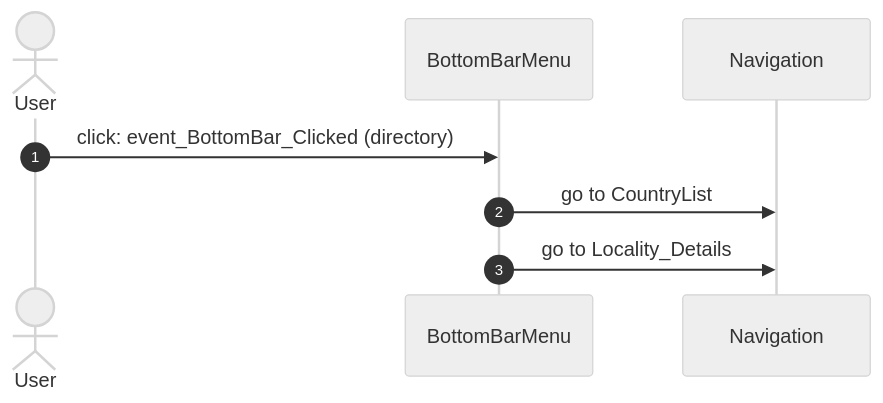
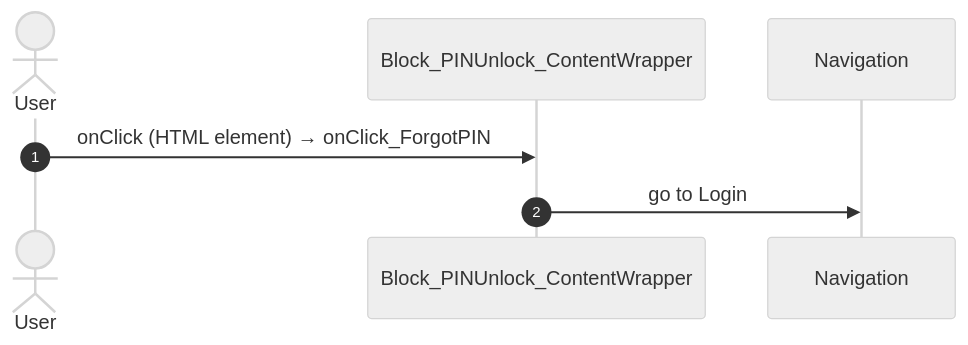
The fourth of 13 diagrams in migration/route-actions/APP_SHELL.md (Phoenix-DX/connect-new-ui), drawn with Mermaid (neutral theme) before and after one commit. The commit also changed other lines of this file and 9 other files, not shown here.

Commit message:
route actions: facts only; user actions as two independent lists (OutSystems view bindings, React JSX bindings) with Mermaid sequences; factual call columns (direct caller, chains, React references); app shell by definition (survey shell, main.tsx code); constants read for React paths

````diff
--- a/migration/route-actions/APP_SHELL.md
+++ b/migration/route-actions/APP_SHELL.md
@@ -184,10 +151,9 @@
 ```mermaid
 sequenceDiagram
   autonumber
   actor U as User
-  participant B as BottomBarMenu
+  participant B as Block_PINUnlock_ContentWrapper
   participant N as Navigation
-  U->>B: click: event_BottomBar_Clicked (directory)
-  B->>N: go to CountryList
-  B->>N: go to Locality_Details
+  U->>B: onClick (HTML element) → onClick_ForgotPIN
+  B->>N: go to Login
 ```
````
